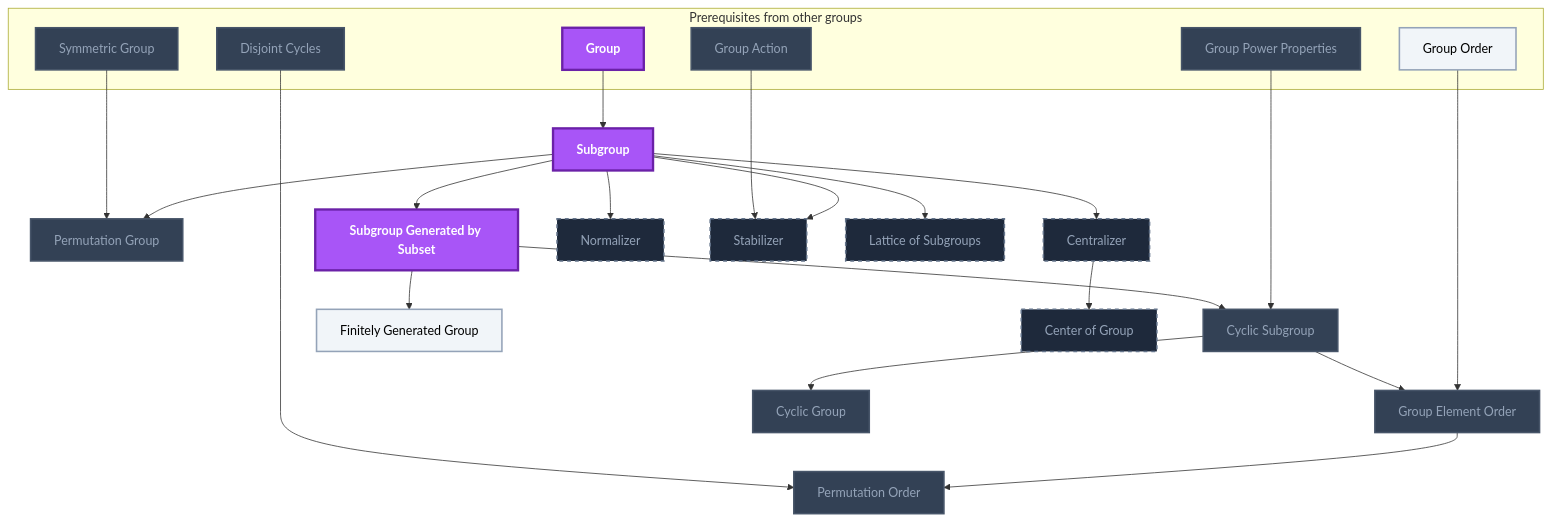
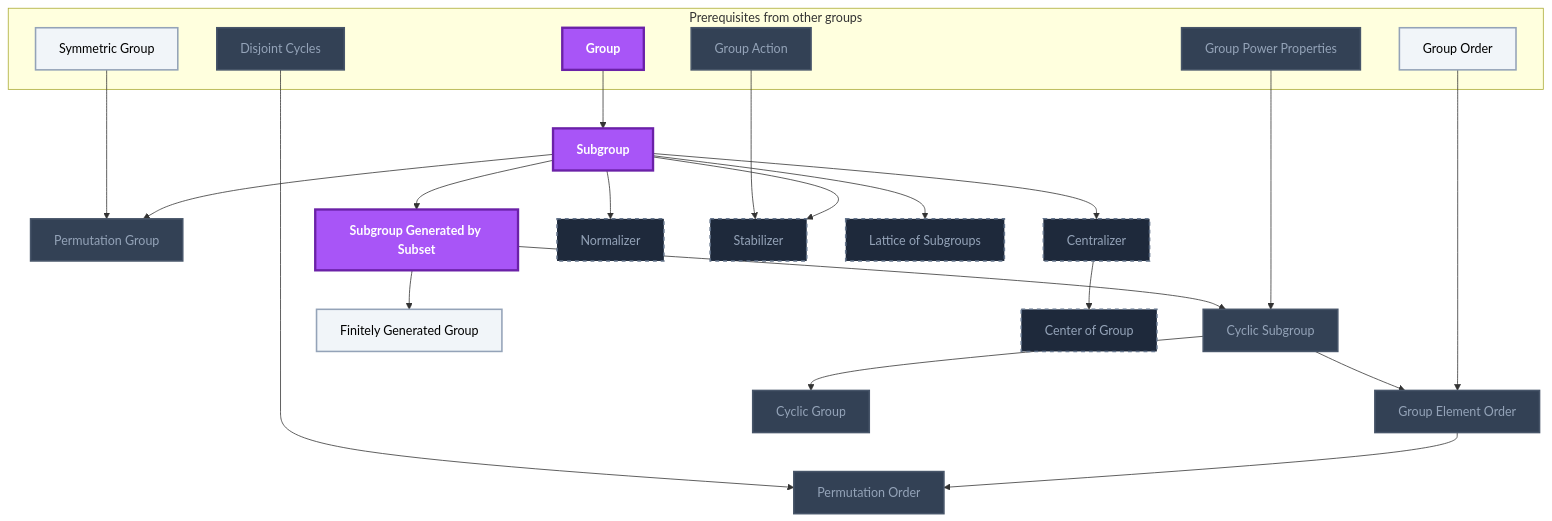
Before and after one commit to MRauf1/My-Notes: the third of 20 diagrams in Gamification/Skill Trees/Abstract Algebra.md, drawn with Mermaid. The commit also changed other lines of this file and 145 other files, not shown here.

````diff
--- a/Gamification/Skill Trees/Abstract Algebra.md
+++ b/Gamification/Skill Trees/Abstract Algebra.md
@@ -270,56 +272,56 @@
 ```mermaid
 flowchart TD
     classDef planned fill:#1E293B,stroke:#64748B,stroke-width:2px,stroke-dasharray:5 5,color:#94A3B8;
     classDef locked fill:#334155,stroke:#475569,stroke-width:2px,color:#94A3B8;
     classDef L0 fill:#F1F5F9,stroke:#94A3B8,stroke-width:2px,color:#000000;
     classDef L1 fill:#22C55E,stroke:#15803D,stroke-width:2px,color:#000000;
     classDef L2 fill:#3B82F6,stroke:#1D4ED8,stroke-width:3px,color:#FFFFFF;
     classDef L3 fill:#A855F7,stroke:#6B21A8,stroke-width:3px,color:#FFFFFF,font-weight:bold;
     classDef L4 fill:#F97316,stroke:#C2410C,stroke-width:4px,color:#000000,font-weight:bold;
     classDef L5 fill:#FFD700,stroke:#FF8C00,stroke-width:5px,color:#000000,font-weight:bold;
     classDef rusty stroke:#8B4513,stroke-width:4px,stroke-dasharray:3 3;
     subgraph sg_prereqs["Prerequisites from other groups"]
         n_group["Group"]
         n_symmetric_group["Symmetric Group"]
         n_group_power_properties["Group Power Properties"]
         n_group_order["Group Order"]
         n_disjoint_cycles["Disjoint Cycles"]
         n_group_action["Group Action"]
     end
     n_subgroup["Subgroup"]
     n_permutation_group["Permutation Group"]
     n_subgroup_generated_by_subset["Subgroup Generated by Subset"]
     n_cyclic_subgroup["Cyclic Subgroup"]
     n_group_element_order["Group Element Order"]
     n_permutation_order["Permutation Order"]
     n_cyclic_group["Cyclic Group"]
     n_finitely_generated_group["Finitely Generated Group"]
     n_centralizer["Centralizer"]
     n_center_of_group["Center of Group"]
     n_normalizer["Normalizer"]
     n_stabilizer["Stabilizer"]
     n_lattice_of_subgroups["Lattice of Subgroups"]
     n_group --> n_subgroup
     n_symmetric_group --> n_permutation_group
     n_subgroup --> n_permutation_group
     n_subgroup --> n_subgroup_generated_by_subset
     n_subgroup_generated_by_subset --> n_cyclic_subgroup
     n_group_power_properties --> n_cyclic_subgroup
     n_cyclic_subgroup --> n_group_element_order
     n_group_order --> n_group_element_order
     n_disjoint_cycles --> n_permutation_order
     n_group_element_order --> n_permutation_order
     n_cyclic_subgroup --> n_cyclic_group
     n_subgroup_generated_by_subset --> n_finitely_generated_group
     n_subgroup --> n_centralizer
     n_centralizer --> n_center_of_group
     n_subgroup --> n_normalizer
     n_group_action --> n_stabilizer
     n_subgroup --> n_stabilizer
     n_subgroup --> n_lattice_of_subgroups
     class n_centralizer,n_center_of_group,n_normalizer,n_stabilizer,n_lattice_of_subgroups planned;
-    class n_symmetric_group,n_group_power_properties,n_disjoint_cycles,n_group_action,n_permutation_group,n_cyclic_subgroup,n_group_element_order,n_permutation_order,n_cyclic_group locked;
-    class n_group_order,n_finitely_generated_group L0;
+    class n_group_power_properties,n_disjoint_cycles,n_group_action,n_permutation_group,n_cyclic_subgroup,n_group_element_order,n_permutation_order,n_cyclic_group locked;
+    class n_symmetric_group,n_group_order,n_finitely_generated_group L0;
     class n_group,n_subgroup,n_subgroup_generated_by_subset L3;
     class n_group,n_symmetric_group,n_group_power_properties,n_group_order,n_disjoint_cycles,n_group_action,n_subgroup,n_permutation_group,n_subgroup_generated_by_subset,n_cyclic_subgroup,n_group_element_order,n_permutation_order,n_cyclic_group,n_finitely_generated_group internal-link;
 ```
````
